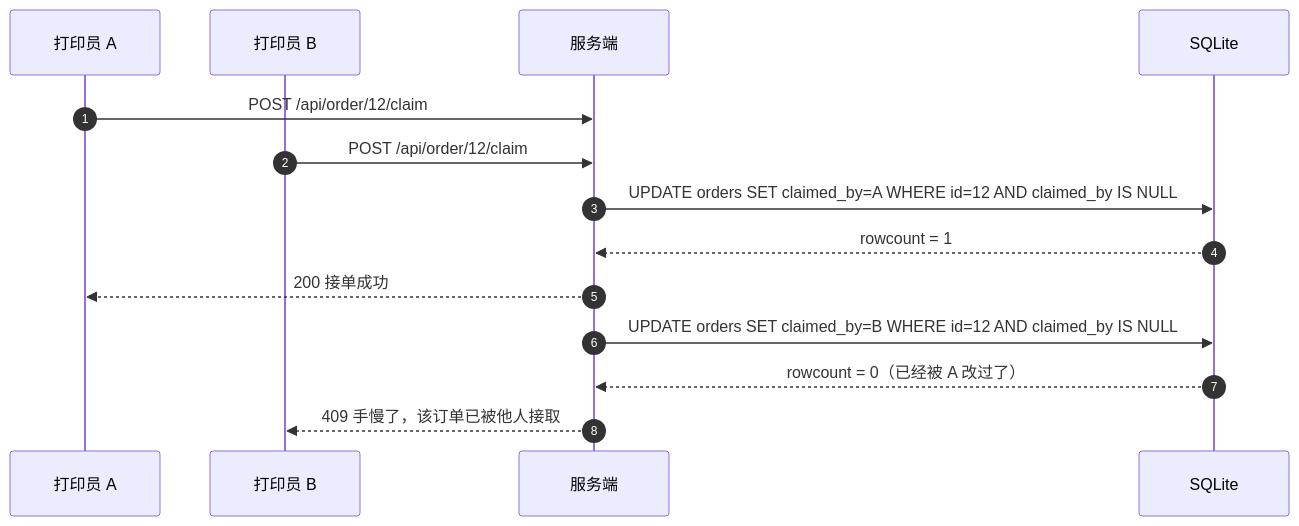
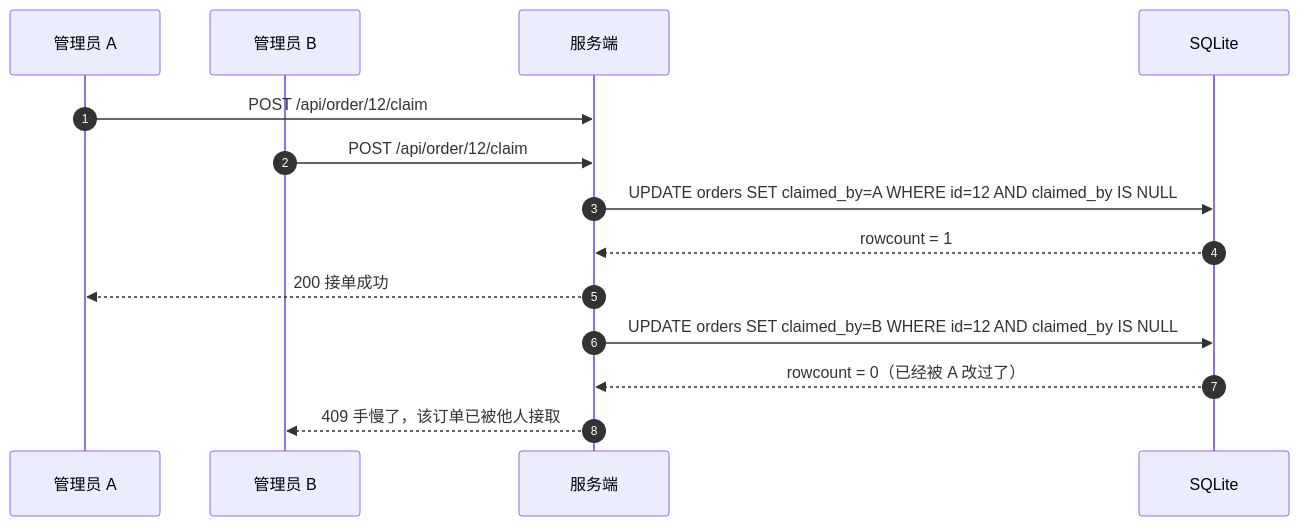
The third of 4 diagrams in README.md (qcmb825/print-of-dorm), drawn with Mermaid before and after one commit. The commit also changed other lines of this file, not shown here.

````diff
--- a/README.md
+++ b/README.md
@@ -257,17 +252,17 @@
 ```mermaid
 sequenceDiagram
     autonumber
-    participant A as 打印员 A
-    participant B as 打印员 B
+    participant A as 管理员 A
+    participant B as 管理员 B
     participant S as 服务端
     participant D as SQLite
 
     A->>S: POST /api/order/12/claim
     B->>S: POST /api/order/12/claim
     S->>D: UPDATE orders SET claimed_by=A WHERE id=12 AND claimed_by IS NULL
     D-->>S: rowcount = 1
     S-->>A: 200 接单成功
     S->>D: UPDATE orders SET claimed_by=B WHERE id=12 AND claimed_by IS NULL
     D-->>S: rowcount = 0（已经被 A 改过了）
     S-->>B: 409 手慢了，该订单已被他人接取
 ```
````
